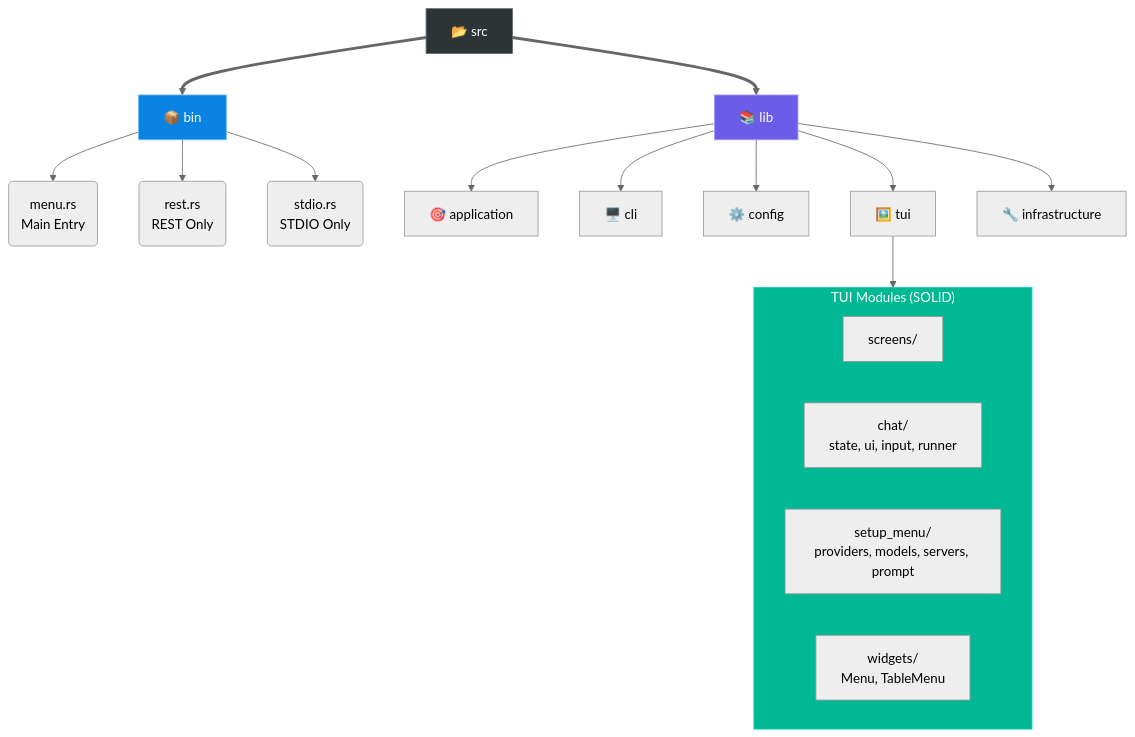
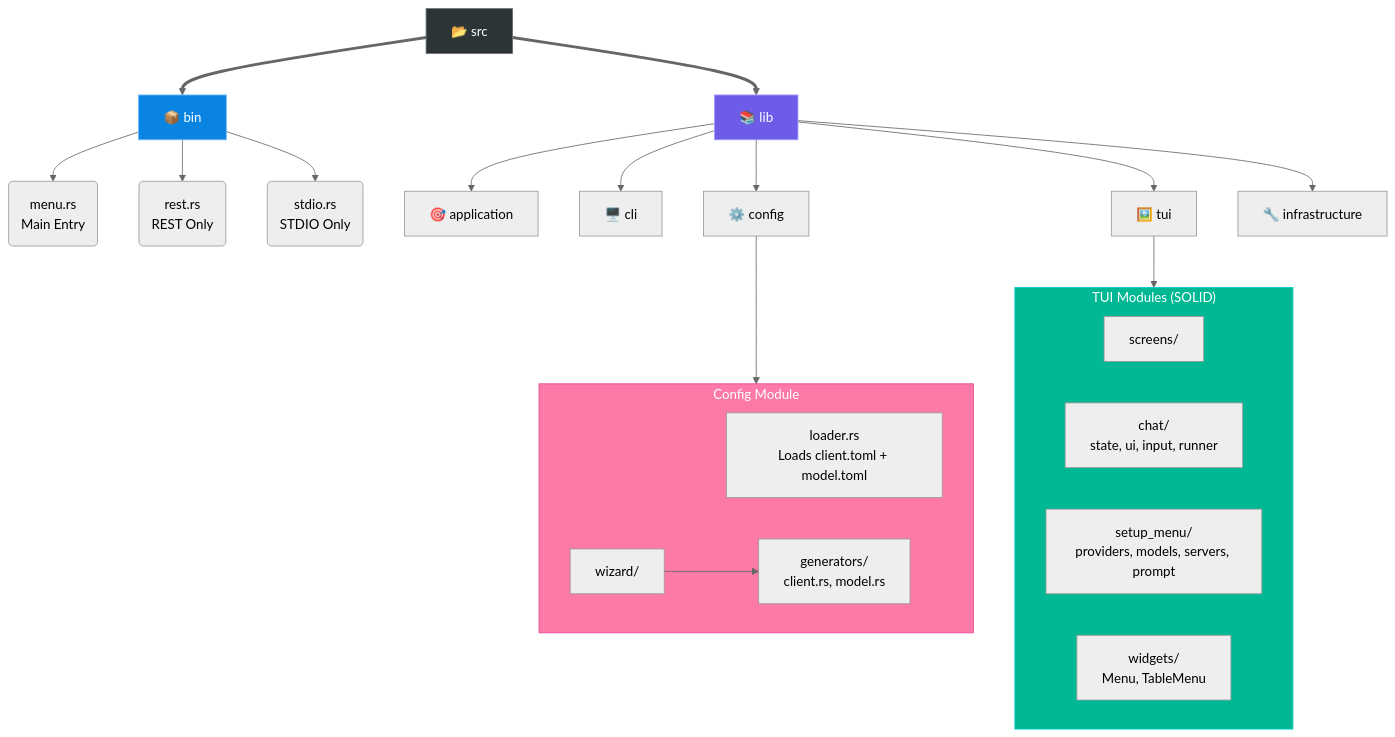
Diagram 11 of 12 in README.md (tsfarizi/antikhitera-mcp-client), drawn with Mermaid (neutral theme) before and after one commit. The commit also changed other lines of this file, not shown here.

Commit message:
docs: Enhance README with detailed split configuration design, execution modes, and production deployment guidance, including new diagrams and examples.

````diff
--- a/README.md
+++ b/README.md
@@ -329,29 +572,38 @@
 ```mermaid
 graph TD
     SRC[📂 src] ==> BIN[📦 bin]
     SRC ==> LIB[📚 lib]
     
     BIN --> MAIN("menu.rs<br/>Main Entry")
     BIN --> REST("rest.rs<br/>REST Only")
     BIN --> STD("stdio.rs<br/>STDIO Only")
     
     LIB --> APP[🎯 application]
     LIB --> CLI[🖥️ cli]
     LIB --> CFG[⚙️ config]
     LIB --> TUI[🖼️ tui]
     LIB --> INF[🔧 infrastructure]
     
+    subgraph ConfigMod["Config Module"]
+        LOADER["loader.rs<br/>Loads client.toml + model.toml"]
+        WIZARD["wizard/"]
+        GENS["generators/<br/>client.rs, model.rs"]
+    end
+    
     subgraph TUImod["TUI Modules (SOLID)"]
         SCREENS["screens/"]
         CHAT["chat/<br/>state, ui, input, runner"]
         SETUP_M["setup_menu/<br/>providers, models, servers, prompt"]
         WIDGETS["widgets/<br/>Menu, TableMenu"]
     end
     
+    CFG --> ConfigMod
     TUI --> TUImod
+    WIZARD --> GENS
     
     style SRC fill:#2d3436,stroke:#636e72,color:#fff
     style BIN fill:#0984e3,stroke:#74b9ff,color:#fff
     style LIB fill:#6c5ce7,stroke:#a29bfe,color:#fff
     style TUImod fill:#00b894,stroke:#00cec9,color:#fff
+    style ConfigMod fill:#fd79a8,stroke:#e84393,color:#fff
 ```
````
